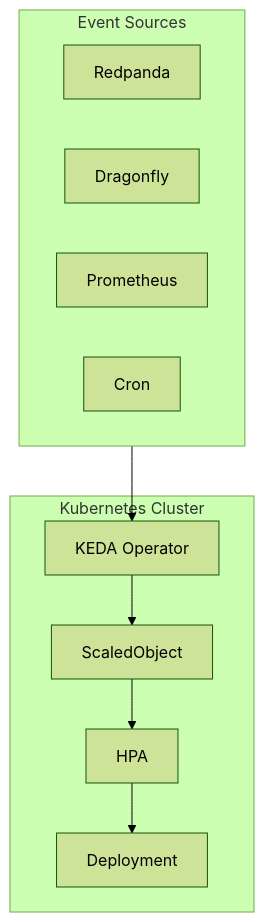
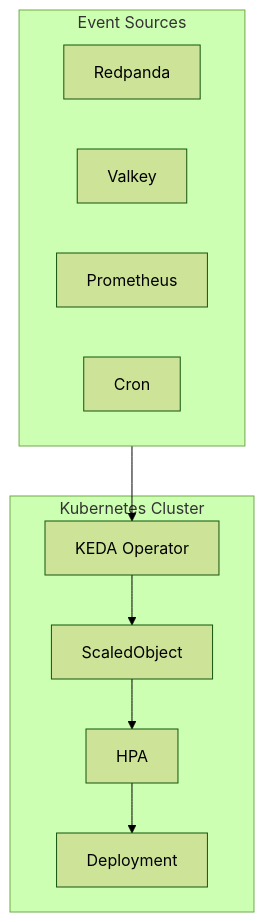
One commit to openova-io/keda changed the first of 2 diagrams in docs/ADR-WORKLOAD-MANAGEMENT.md. Above: the diagram before and after it, drawn with Mermaid (forest theme). The commit also changed other lines of this file, not shown here.

First line of the commit message:
docs: replace Dragonfly with Valkey

````diff
--- a/docs/ADR-WORKLOAD-MANAGEMENT.md
+++ b/docs/ADR-WORKLOAD-MANAGEMENT.md
@@ -17,21 +17,21 @@
 ```mermaid
 flowchart TB
     subgraph K8s["Kubernetes Cluster"]
         KEDA[KEDA Operator]
         SO[ScaledObject]
         HPA[HPA]
         Deploy[Deployment]
     end
 
     subgraph Sources["Event Sources"]
         Redpanda[Redpanda]
-        Dragonfly[Dragonfly]
+        Valkey[Valkey]
         Prometheus[Prometheus]
         Cron[Cron]
     end
 
     Sources --> KEDA
     KEDA --> SO
     SO --> HPA
     HPA --> Deploy
 ```
````
